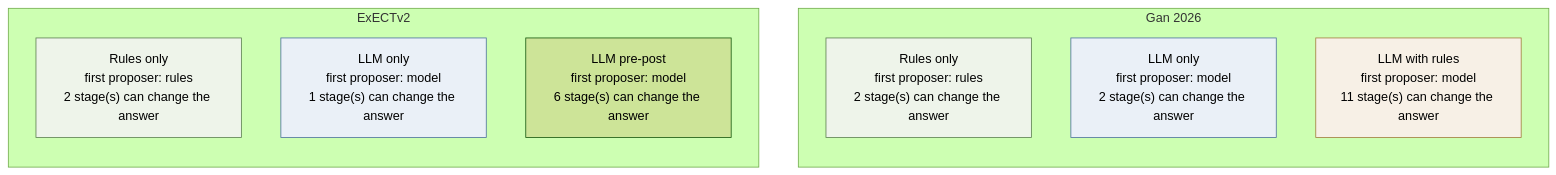
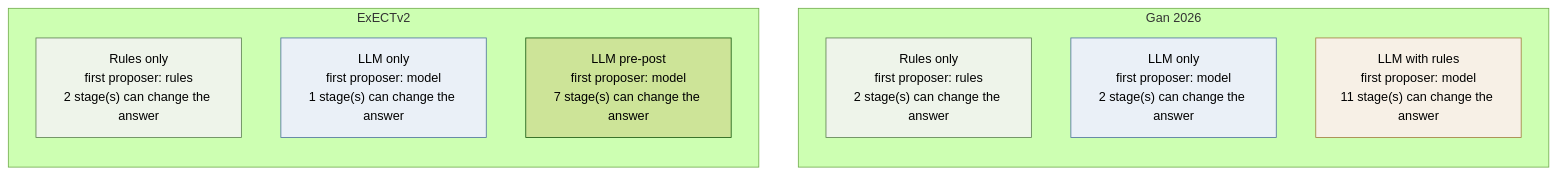
One commit to cbrown564-alt/clinical_extraction changed the diagram in docs/architecture/diagrams/overview.md. Above: the diagram before and after it, drawn with Mermaid (forest theme). The commit also changed other lines of this file and 15 other files, not shown here.

First line of the commit message:
Show the ExECT select-rule stage on the architecture cards.

````diff
--- a/docs/architecture/diagrams/overview.md
+++ b/docs/architecture/diagrams/overview.md
@@ -10,27 +10,27 @@
 ```mermaid
 flowchart TB
   subgraph gan2026[Gan 2026]
     direction TB
     gan2026_rules_only["Rules only<br/>first proposer: rules<br/>2 stage(s) can change the answer"]
     gan2026_llm_only["LLM only<br/>first proposer: model<br/>2 stage(s) can change the answer"]
     gan2026_llm_with_rules["LLM with rules<br/>first proposer: model<br/>11 stage(s) can change the answer"]
   end
   subgraph exectv2[ExECTv2]
     direction TB
     exectv2_rules_only["Rules only<br/>first proposer: rules<br/>2 stage(s) can change the answer"]
     exectv2_llm_only["LLM only<br/>first proposer: model<br/>1 stage(s) can change the answer"]
-    exectv2_llm_pre_post["LLM pre-post<br/>first proposer: model<br/>6 stage(s) can change the answer"]
+    exectv2_llm_pre_post["LLM pre-post<br/>first proposer: model<br/>7 stage(s) can change the answer"]
   end
 
   class gan2026_rules_only rules;
   class gan2026_llm_only llm;
   class gan2026_llm_with_rules llm_with_rules;
   class exectv2_rules_only rules;
   class exectv2_llm_only llm;
   class exectv2_llm_pre_post llm_pre_post;
   classDef rules fill:#eef4ea,stroke:#5a7d4f;
   classDef rules_only fill:#eef4ea,stroke:#5a7d4f;
   classDef llm_only fill:#eaf0f7,stroke:#4a6f9c;
   classDef llm fill:#eaf0f7,stroke:#4a6f9c;
   classDef llm_with_rules fill:#f7f0e6,stroke:#a07b3c;
 ```
````
